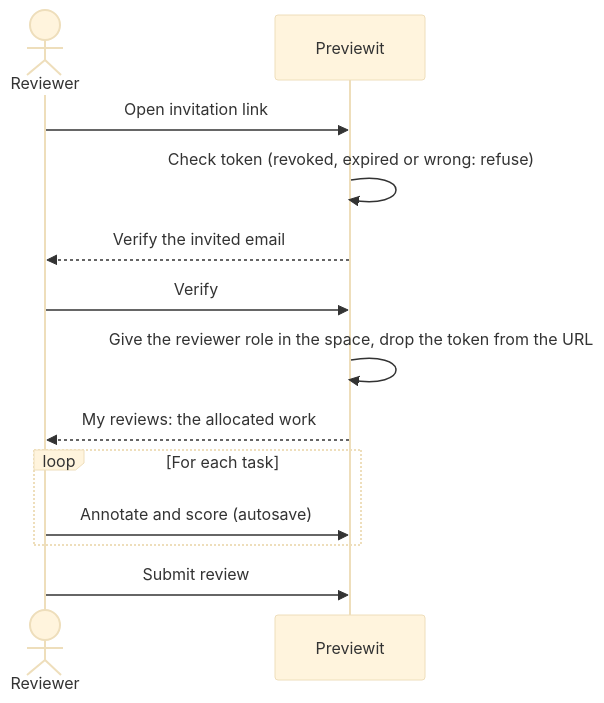
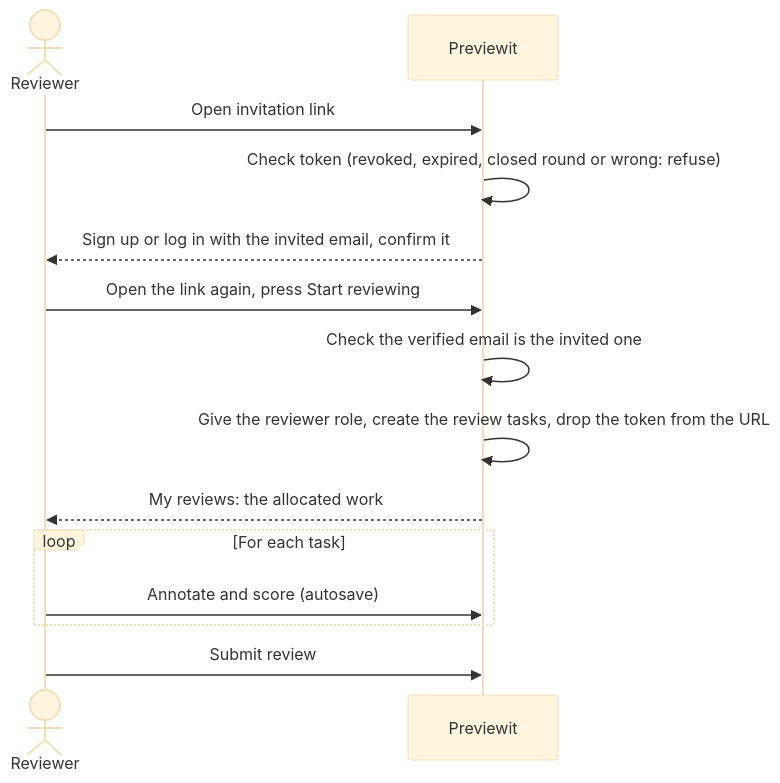
Before and after one commit to jaateixeira/prreview.it: the third of 7 diagrams in docs/uml/behaviour.md, drawn with Mermaid (base theme). The commit also changed other lines of this file and 27 other files, not shown here.

First line of the commit message:
feat: reviewer invitations and review by invitation (ADR 0017, step D)

````diff
--- a/docs/uml/behaviour.md
+++ b/docs/uml/behaviour.md
@@ -48,16 +48,17 @@
 ```mermaid
 sequenceDiagram
     actor R as Reviewer
     participant P as Previewit
 
     R->>P: Open invitation link
-    P->>P: Check token (revoked, expired or wrong: refuse)
-    P-->>R: Verify the invited email
-    R->>P: Verify
-    P->>P: Give the reviewer role in the space, drop the token from the URL
+    P->>P: Check token (revoked, expired, closed round or wrong: refuse)
+    P-->>R: Sign up or log in with the invited email, confirm it
+    R->>P: Open the link again, press Start reviewing
+    P->>P: Check the verified email is the invited one
+    P->>P: Give the reviewer role, create the review tasks, drop the token from the URL
     P-->>R: My reviews: the allocated work
     loop For each task
         R->>P: Annotate and score (autosave)
     end
     R->>P: Submit review
 ```
````
